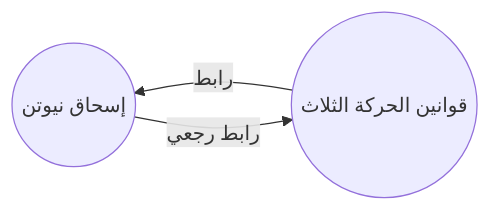
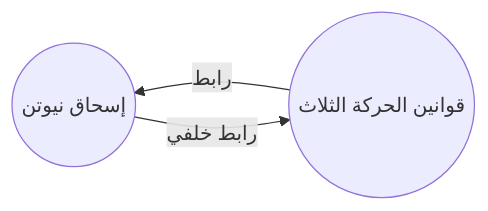
One commit to obsidianmd/obsidian-help changed the diagram in ar/المكوّنات الإضافية/الروابط الخلفية.md. Above: the diagram before and after it, drawn with Mermaid. The commit also changed other lines of this file and 140 other files, not shown here.

````diff
--- a/ar/المكوّنات الإضافية/الروابط الخلفية.md
+++ b/ar/المكوّنات الإضافية/الروابط الخلفية.md
@@ -9,8 +11,8 @@
 ```mermaid
 flowchart RL
   laws((قوانين الحركة الثلاث))
   newton((إسحاق نيوتن))
 
   laws --رابط--> newton
-  newton --رابط رجعي--> laws
+  newton --رابط خلفي--> laws
 ```
````
